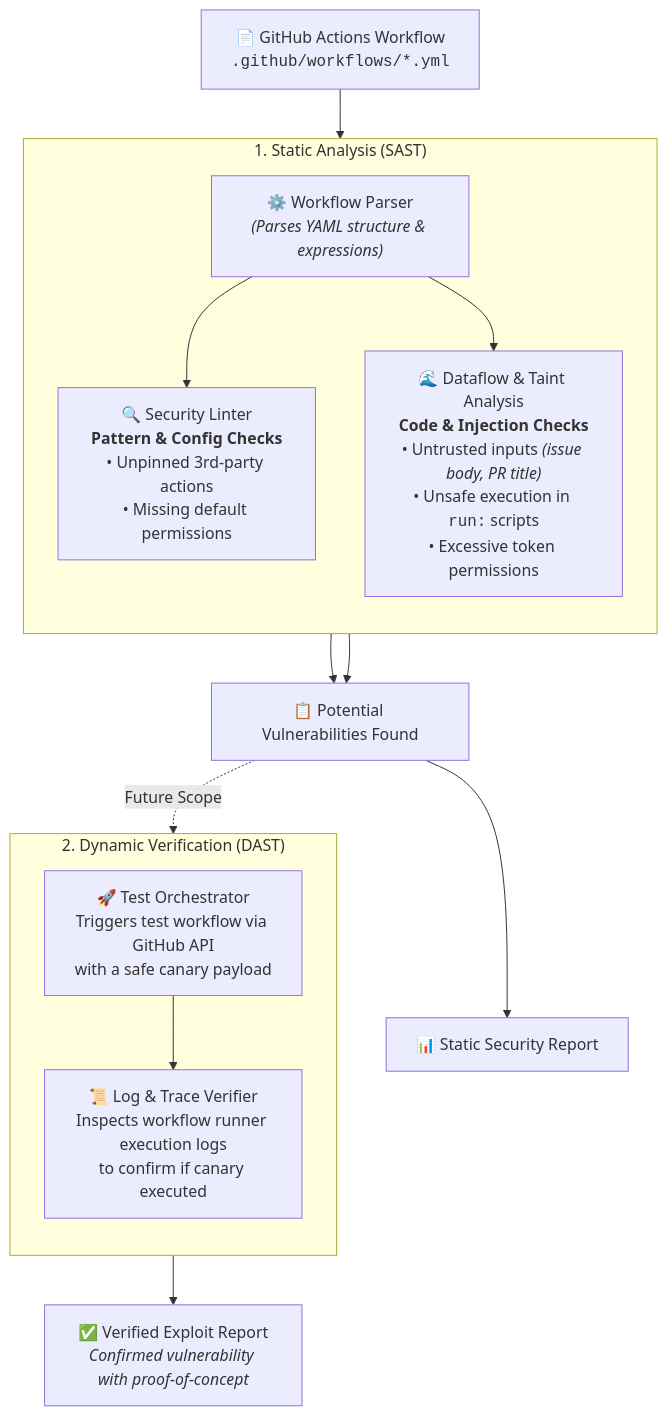
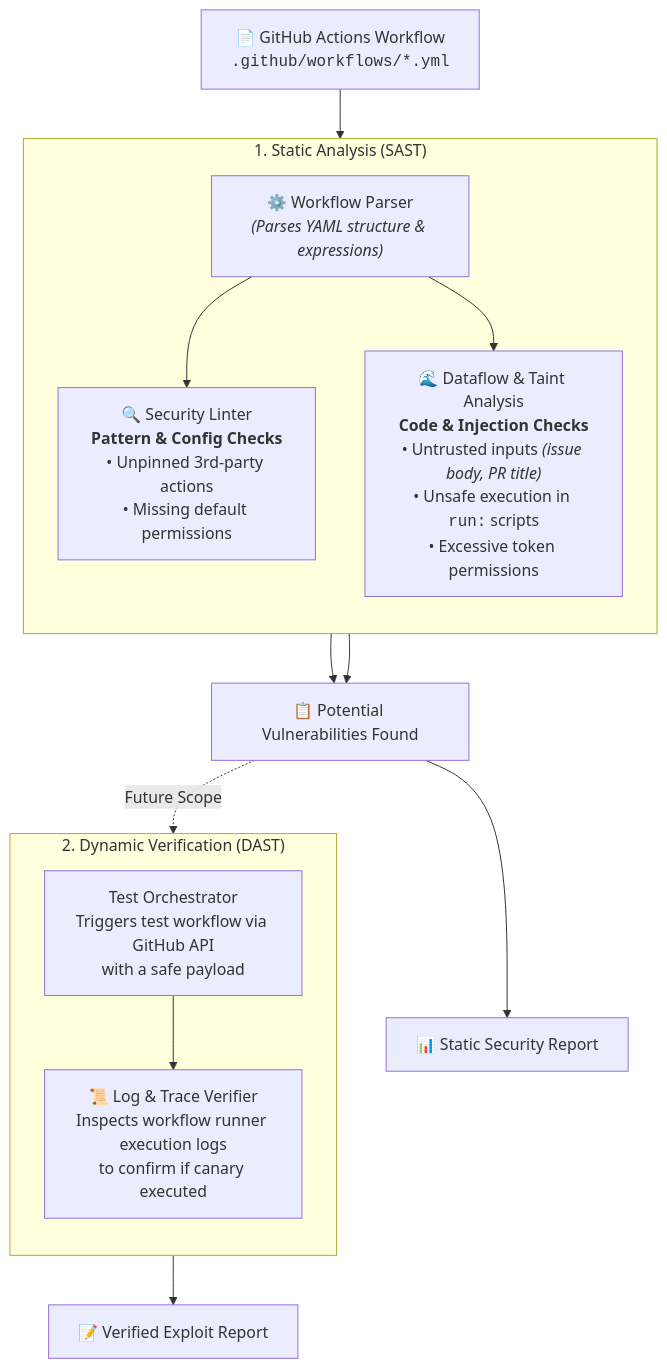
The diagram in README.md (chinmaypant21/actionlens), drawn with Mermaid before and after one commit. The commit also changed other lines of this file and 1 other file, not shown here.

Commit message:
Readme update

````diff
--- a/README.md
+++ b/README.md
@@ -28,27 +28,27 @@
 ```mermaid
 flowchart TD
     %% Input
     Input["📄 GitHub Actions Workflow<br/><code>.github/workflows/*.yml</code>"] --> Parser["⚙️ Workflow Parser<br/><i>(Parses YAML structure & expressions)</i>"]
 
     %% Stage 1: SAST
     subgraph SAST["1. Static Analysis (SAST)"]
         direction TB
         Parser --> Lint["🔍 Security Linter<br/><b>Pattern & Config Checks</b><br/>• Unpinned 3rd-party actions<br/>• Missing default permissions"]
         Parser --> Dataflow["🌊 Dataflow & Taint Analysis<br/><b>Code & Injection Checks</b><br/>• Untrusted inputs <i>(issue body, PR title)</i><br/>• Unsafe execution in <code>run:</code> scripts<br/>• Excessive token permissions"]
     end
 
     %% Findings (Bridge between SAST and DAST)
     Lint --> Findings["📋 Potential Vulnerabilities Found"]
     Dataflow --> Findings
 
     Findings --> StaticReport["📊 Static Security Report"]
 
     %% Stage 2: DAST
     subgraph DAST["2. Dynamic Verification (DAST)"]
         direction TB
-        Trigger["🚀 Test Orchestrator<br/>Triggers test workflow via GitHub API<br/>with a safe canary payload"]
+        Trigger["Test Orchestrator<br/>Triggers test workflow via GitHub API<br/>with a safe payload"]
         Trigger --> Logs["📜 Log & Trace Verifier<br/>Inspects workflow runner execution logs<br/>to confirm if canary executed"]
     end
 	Findings -. "Future Scope" .-> Trigger
-    Logs --> Verified["✅ Verified Exploit Report<br/><i>Confirmed vulnerability with proof-of-concept</i>"]
+    Logs --> Verified["📝 Verified Exploit Report"]
 ```
````
